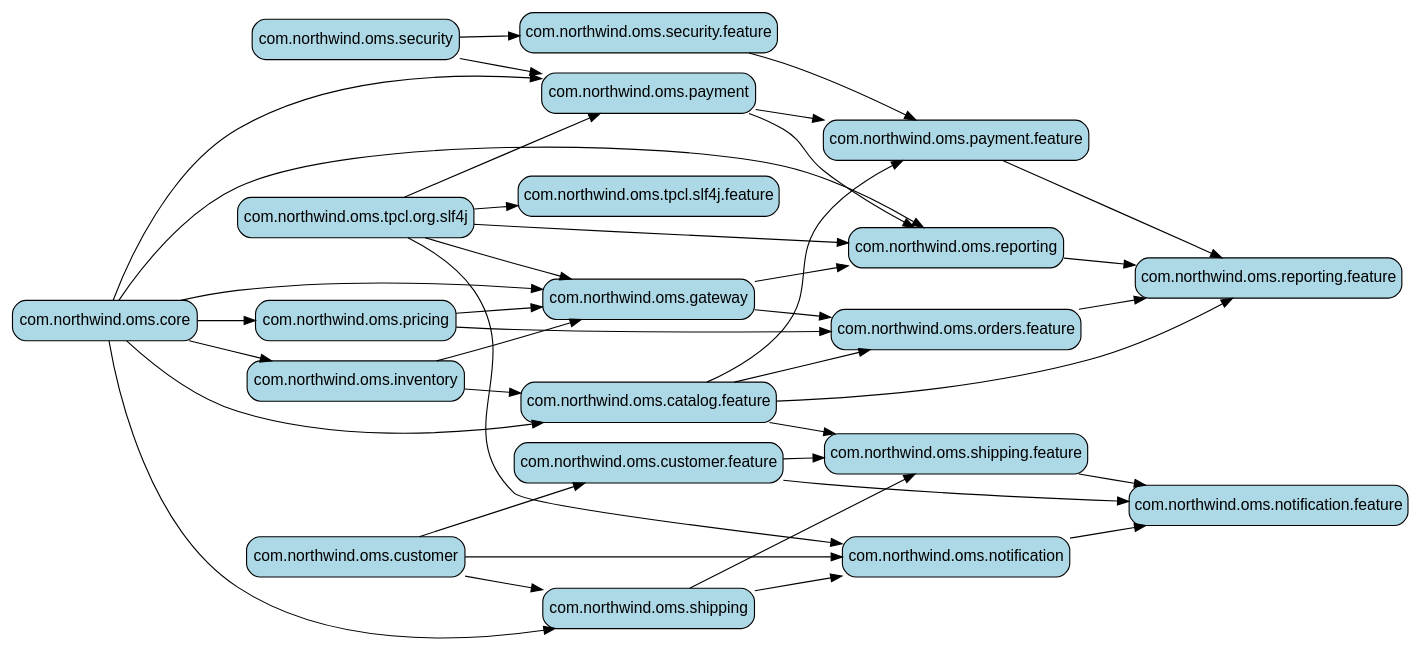
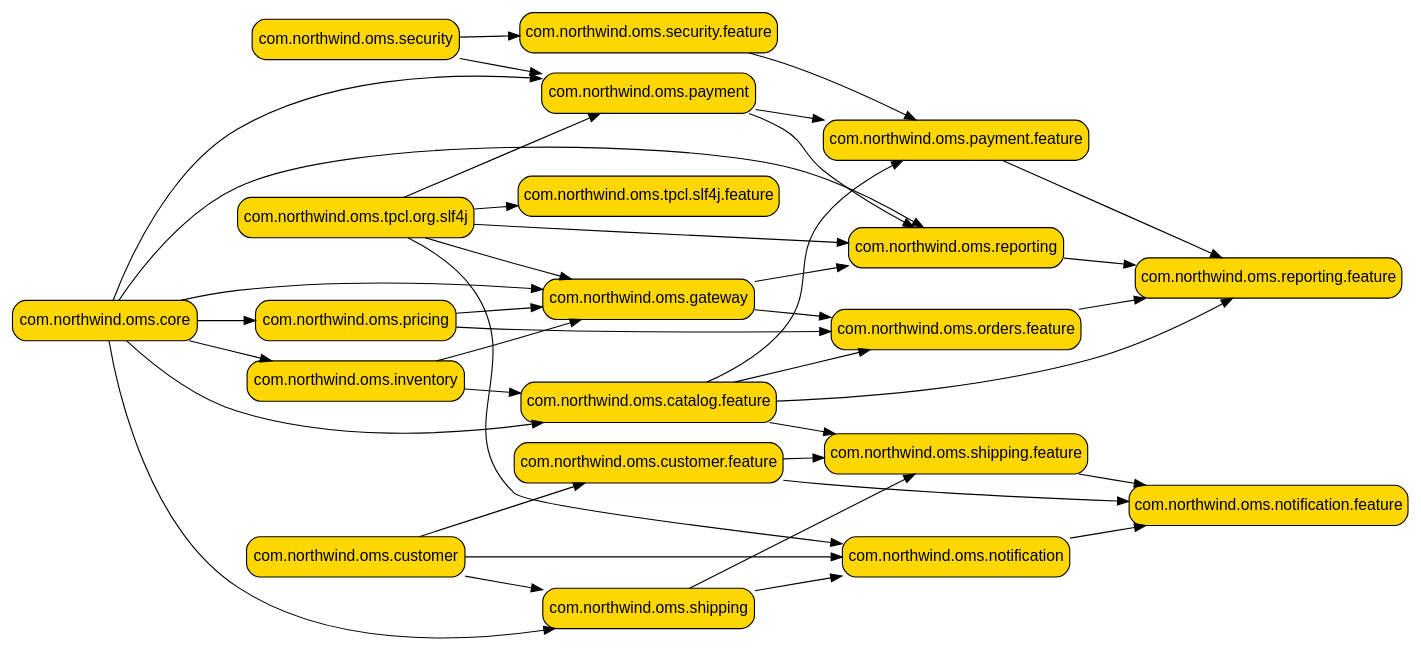
Before and after one commit to mounicakadapagunta/sn-java-sample-main: the diagram in osgi-workshop/dependency-graph.dot, drawn with Graphviz. The commit also changed 4 other files, not shown here.

```diff
--- a/osgi-workshop/dependency-graph.dot
+++ b/osgi-workshop/dependency-graph.dot
@@ -1,64 +1,64 @@
 digraph northwind_oms {
   rankdir=LR;
   graph [fontname="Arial"];
   node [shape=box, style="rounded", fontname="Arial"];
-  "com.northwind.oms.catalog.feature" [style="rounded,filled", fillcolor="lightblue", label="com.northwind.oms.catalog.feature"];
-  "com.northwind.oms.core" [style="rounded,filled", fillcolor="lightblue", label="com.northwind.oms.core"];
-  "com.northwind.oms.customer" [style="rounded,filled", fillcolor="lightblue", label="com.northwind.oms.customer"];
-  "com.northwind.oms.customer.feature" [style="rounded,filled", fillcolor="lightblue", label="com.northwind.oms.customer.feature"];
-  "com.northwind.oms.gateway" [style="rounded,filled", fillcolor="lightblue", label="com.northwind.oms.gateway"];
-  "com.northwind.oms.inventory" [style="rounded,filled", fillcolor="lightblue", label="com.northwind.oms.inventory"];
-  "com.northwind.oms.notification" [style="rounded,filled", fillcolor="lightblue", label="com.northwind.oms.notification"];
-  "com.northwind.oms.notification.feature" [style="rounded,filled", fillcolor="lightblue", label="com.northwind.oms.notification.feature"];
-  "com.northwind.oms.orders.feature" [style="rounded,filled", fillcolor="lightblue", label="com.northwind.oms.orders.feature"];
-  "com.northwind.oms.payment" [style="rounded,filled", fillcolor="lightblue", label="com.northwind.oms.payment"];
-  "com.northwind.oms.payment.feature" [style="rounded,filled", fillcolor="lightblue", label="com.northwind.oms.payment.feature"];
-  "com.northwind.oms.pricing" [style="rounded,filled", fillcolor="lightblue", label="com.northwind.oms.pricing"];
-  "com.northwind.oms.reporting" [style="rounded,filled", fillcolor="lightblue", label="com.northwind.oms.reporting"];
-  "com.northwind.oms.reporting.feature" [style="rounded,filled", fillcolor="lightblue", label="com.northwind.oms.reporting.feature"];
-  "com.northwind.oms.security" [style="rounded,filled", fillcolor="lightblue", label="com.northwind.oms.security"];
-  "com.northwind.oms.security.feature" [style="rounded,filled", fillcolor="lightblue", label="com.northwind.oms.security.feature"];
-  "com.northwind.oms.shipping" [style="rounded,filled", fillcolor="lightblue", label="com.northwind.oms.shipping"];
-  "com.northwind.oms.shipping.feature" [style="rounded,filled", fillcolor="lightblue", label="com.northwind.oms.shipping.feature"];
-  "com.northwind.oms.tpcl.org.slf4j" [style="rounded,filled", fillcolor="lightblue", label="com.northwind.oms.tpcl.org.slf4j"];
-  "com.northwind.oms.tpcl.slf4j.feature" [style="rounded,filled", fillcolor="lightblue", label="com.northwind.oms.tpcl.slf4j.feature"];
+  "com.northwind.oms.catalog.feature" [style="rounded,filled", fillcolor="gold", label="com.northwind.oms.catalog.feature"];
+  "com.northwind.oms.core" [style="rounded,filled", fillcolor="gold", label="com.northwind.oms.core"];
+  "com.northwind.oms.customer" [style="rounded,filled", fillcolor="gold", label="com.northwind.oms.customer"];
+  "com.northwind.oms.customer.feature" [style="rounded,filled", fillcolor="gold", label="com.northwind.oms.customer.feature"];
+  "com.northwind.oms.gateway" [style="rounded,filled", fillcolor="gold", label="com.northwind.oms.gateway"];
+  "com.northwind.oms.inventory" [style="rounded,filled", fillcolor="gold", label="com.northwind.oms.inventory"];
+  "com.northwind.oms.notification" [style="rounded,filled", fillcolor="gold", label="com.northwind.oms.notification"];
+  "com.northwind.oms.notification.feature" [style="rounded,filled", fillcolor="gold", label="com.northwind.oms.notification.feature"];
+  "com.northwind.oms.orders.feature" [style="rounded,filled", fillcolor="gold", label="com.northwind.oms.orders.feature"];
+  "com.northwind.oms.payment" [style="rounded,filled", fillcolor="gold", label="com.northwind.oms.payment"];
+  "com.northwind.oms.payment.feature" [style="rounded,filled", fillcolor="gold", label="com.northwind.oms.payment.feature"];
+  "com.northwind.oms.pricing" [style="rounded,filled", fillcolor="gold", label="com.northwind.oms.pricing"];
+  "com.northwind.oms.reporting" [style="rounded,filled", fillcolor="gold", label="com.northwind.oms.reporting"];
+  "com.northwind.oms.reporting.feature" [style="rounded,filled", fillcolor="gold", label="com.northwind.oms.reporting.feature"];
+  "com.northwind.oms.security" [style="rounded,filled", fillcolor="gold", label="com.northwind.oms.security"];
+  "com.northwind.oms.security.feature" [style="rounded,filled", fillcolor="gold", label="com.northwind.oms.security.feature"];
+  "com.northwind.oms.shipping" [style="rounded,filled", fillcolor="gold", label="com.northwind.oms.shipping"];
+  "com.northwind.oms.shipping.feature" [style="rounded,filled", fillcolor="gold", label="com.northwind.oms.shipping.feature"];
+  "com.northwind.oms.tpcl.org.slf4j" [style="rounded,filled", fillcolor="gold", label="com.northwind.oms.tpcl.org.slf4j"];
+  "com.northwind.oms.tpcl.slf4j.feature" [style="rounded,filled", fillcolor="gold", label="com.northwind.oms.tpcl.slf4j.feature"];
   "com.northwind.oms.catalog.feature" -> "com.northwind.oms.orders.feature";
   "com.northwind.oms.catalog.feature" -> "com.northwind.oms.payment.feature";
   "com.northwind.oms.catalog.feature" -> "com.northwind.oms.reporting.feature";
   "com.northwind.oms.catalog.feature" -> "com.northwind.oms.shipping.feature";
   "com.northwind.oms.core" -> "com.northwind.oms.catalog.feature";
   "com.northwind.oms.core" -> "com.northwind.oms.gateway";
   "com.northwind.oms.core" -> "com.northwind.oms.inventory";
   "com.northwind.oms.core" -> "com.northwind.oms.payment";
   "com.northwind.oms.core" -> "com.northwind.oms.pricing";
   "com.northwind.oms.core" -> "com.northwind.oms.reporting";
   "com.northwind.oms.core" -> "com.northwind.oms.shipping";
   "com.northwind.oms.customer" -> "com.northwind.oms.customer.feature";
   "com.northwind.oms.customer" -> "com.northwind.oms.notification";
   "com.northwind.oms.customer" -> "com.northwind.oms.shipping";
   "com.northwind.oms.customer.feature" -> "com.northwind.oms.notification.feature";
   "com.northwind.oms.customer.feature" -> "com.northwind.oms.shipping.feature";
   "com.northwind.oms.gateway" -> "com.northwind.oms.orders.feature";
   "com.northwind.oms.gateway" -> "com.northwind.oms.reporting";
   "com.northwind.oms.inventory" -> "com.northwind.oms.catalog.feature";
   "com.northwind.oms.inventory" -> "com.northwind.oms.gateway";
   "com.northwind.oms.notification" -> "com.northwind.oms.notification.feature";
   "com.northwind.oms.orders.feature" -> "com.northwind.oms.reporting.feature";
   "com.northwind.oms.payment" -> "com.northwind.oms.payment.feature";
   "com.northwind.oms.payment" -> "com.northwind.oms.reporting";
   "com.northwind.oms.payment.feature" -> "com.northwind.oms.reporting.feature";
   "com.northwind.oms.pricing" -> "com.northwind.oms.gateway";
   "com.northwind.oms.pricing" -> "com.northwind.oms.orders.feature";
   "com.northwind.oms.reporting" -> "com.northwind.oms.reporting.feature";
   "com.northwind.oms.security" -> "com.northwind.oms.payment";
   "com.northwind.oms.security" -> "com.northwind.oms.security.feature";
   "com.northwind.oms.security.feature" -> "com.northwind.oms.payment.feature";
   "com.northwind.oms.shipping" -> "com.northwind.oms.notification";
   "com.northwind.oms.shipping" -> "com.northwind.oms.shipping.feature";
   "com.northwind.oms.shipping.feature" -> "com.northwind.oms.notification.feature";
   "com.northwind.oms.tpcl.org.slf4j" -> "com.northwind.oms.gateway";
   "com.northwind.oms.tpcl.org.slf4j" -> "com.northwind.oms.notification";
   "com.northwind.oms.tpcl.org.slf4j" -> "com.northwind.oms.payment";
   "com.northwind.oms.tpcl.org.slf4j" -> "com.northwind.oms.reporting";
   "com.northwind.oms.tpcl.org.slf4j" -> "com.northwind.oms.tpcl.slf4j.feature";
 }
```
